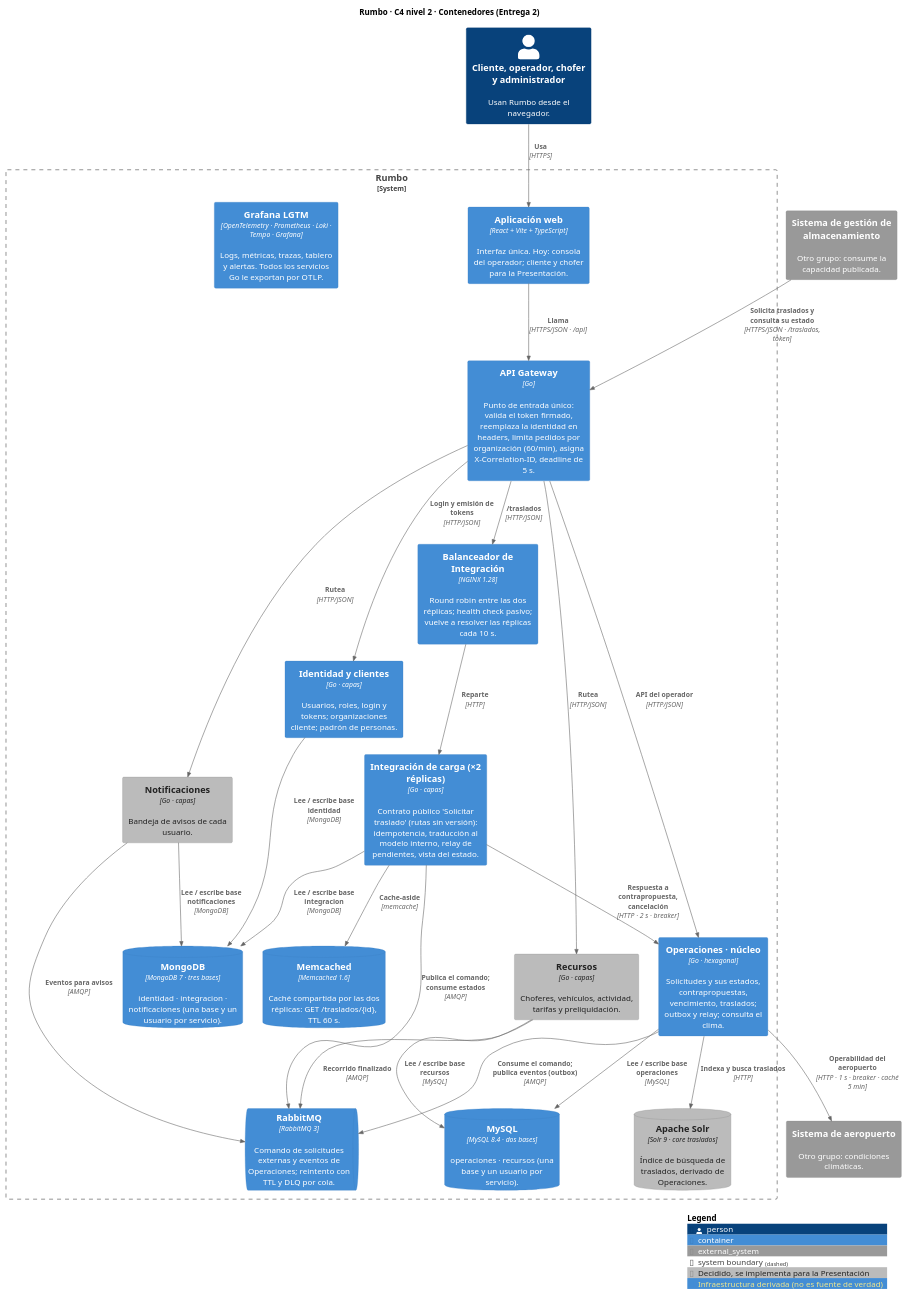
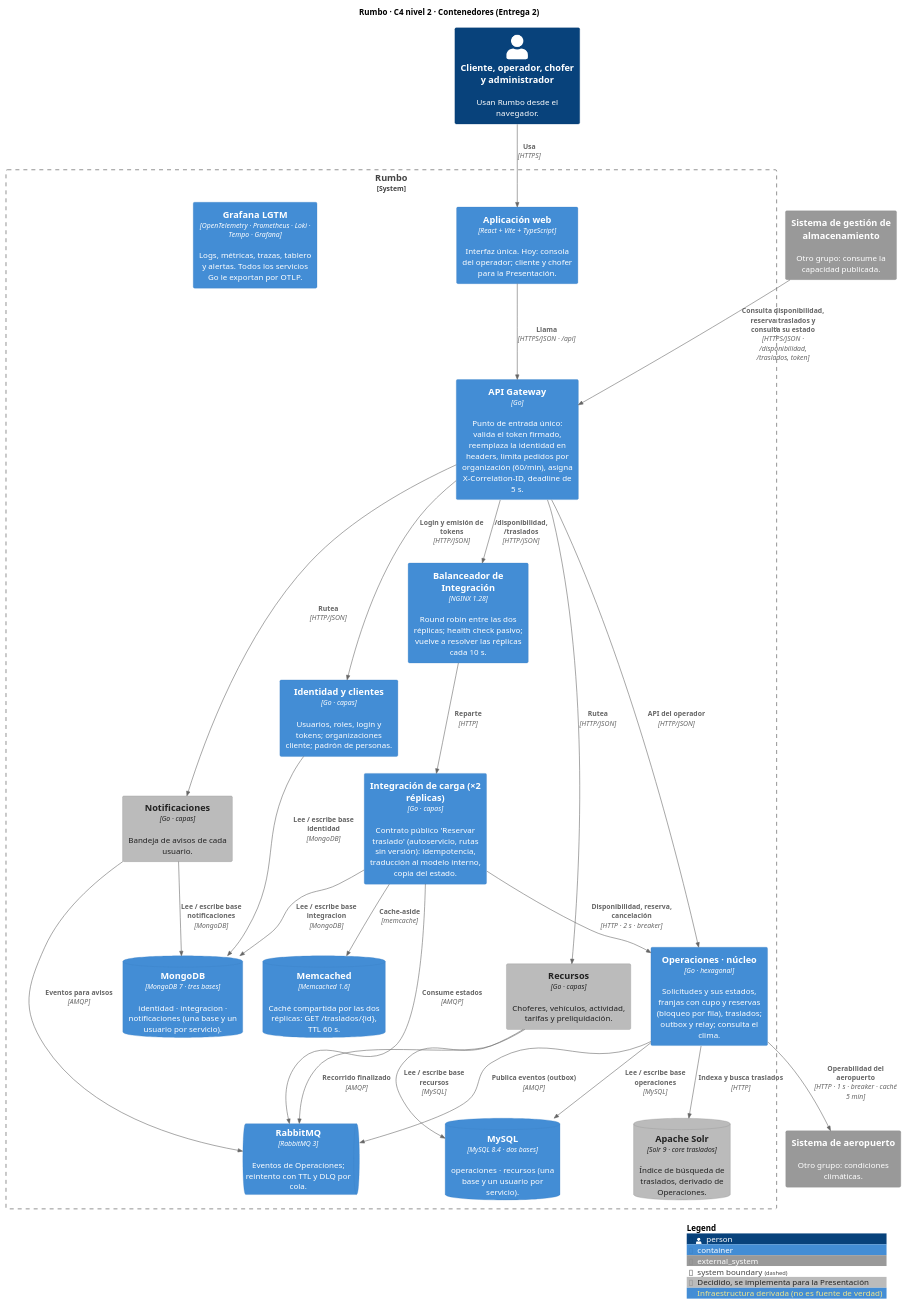
Before and after one commit to francoroblesss/Rumbo: the diagram in docs/diagramas/c4-contenedores.puml, drawn with PlantUML. The commit also changed 74 other files, not shown here.

First line of the commit message:
feat: capacidad publicada de autoservicio (contrato 4.0.0) y D4

```diff
--- a/docs/diagramas/c4-contenedores.puml
+++ b/docs/diagramas/c4-contenedores.puml
@@ -1,59 +1,59 @@
 @startuml c4-contenedores
 ' Rumbo — C4 nivel 2: contenedores. Fuente del diagrama; se renderiza con docs/diagramas/README.md.
 !include <C4/C4_Container>
 
 AddElementTag("pendiente", $bgColor="#bbbbbb", $borderColor="#888888", $fontColor="#222222", $legendText="Decidido, se implementa para la Presentación")
 AddElementTag("infra", $bgColor="#438dd5", $legendText="Infraestructura derivada (no es fuente de verdad)")
 
 title Rumbo · C4 nivel 2 · Contenedores (Entrega 2)
 
 Person(usuarios, "Cliente, operador, chofer y administrador", "Usan Rumbo desde el navegador.")
 System_Ext(almacenamiento, "Sistema de gestión de almacenamiento", "Otro grupo: consume la capacidad publicada.")
 System_Ext(aeropuerto, "Sistema de aeropuerto", "Otro grupo: condiciones climáticas.")
 
 System_Boundary(rumbo, "Rumbo") {
   Container(web, "Aplicación web", "React + Vite + TypeScript", "Interfaz única. Hoy: consola del operador; cliente y chofer para la Presentación.")
   Container(gateway, "API Gateway", "Go", "Punto de entrada único: valida el token firmado, reemplaza la identidad en headers, limita pedidos por organización (60/min), asigna X-Correlation-ID, deadline de 5 s.")
 
   Container(identidad, "Identidad y clientes", "Go · capas", "Usuarios, roles, login y tokens; organizaciones cliente; padrón de personas.")
   Container(balanceador, "Balanceador de Integración", "NGINX 1.28", "Round robin entre las dos réplicas; health check pasivo; vuelve a resolver las réplicas cada 10 s.")
-  Container(integracion, "Integración de carga (×2 réplicas)", "Go · capas", "Contrato público 'Solicitar traslado' (rutas sin versión): idempotencia, traducción al modelo interno, relay de pendientes, vista del estado.")
-  Container(operaciones, "Operaciones · núcleo", "Go · hexagonal", "Solicitudes y sus estados, contrapropuestas, vencimiento, traslados; outbox y relay; consulta el clima.")
+  Container(integracion, "Integración de carga (×2 réplicas)", "Go · capas", "Contrato público 'Reservar traslado' (autoservicio, rutas sin versión): idempotencia, traducción al modelo interno, copia del estado.")
+  Container(operaciones, "Operaciones · núcleo", "Go · hexagonal", "Solicitudes y sus estados, franjas con cupo y reservas (bloqueo por fila), traslados; outbox y relay; consulta el clima.")
   Container(recursos, "Recursos", "Go · capas", "Choferes, vehículos, actividad, tarifas y preliquidación.", $tags="pendiente")
   Container(notificaciones, "Notificaciones", "Go · capas", "Bandeja de avisos de cada usuario.", $tags="pendiente")
 
   ContainerDb(mongo, "MongoDB", "MongoDB 7 · tres bases", "identidad · integracion · notificaciones (una base y un usuario por servicio).")
   ContainerDb(mysql, "MySQL", "MySQL 8.4 · dos bases", "operaciones · recursos (una base y un usuario por servicio).")
   ContainerDb(memcached, "Memcached", "Memcached 1.6", "Caché compartida por las dos réplicas: GET /traslados/{id}, TTL 60 s.", $tags="infra")
-  ContainerQueue(rabbit, "RabbitMQ", "RabbitMQ 3", "Comando de solicitudes externas y eventos de Operaciones; reintento con TTL y DLQ por cola.")
+  ContainerQueue(rabbit, "RabbitMQ", "RabbitMQ 3", "Eventos de Operaciones; reintento con TTL y DLQ por cola.")
   ContainerDb(solr, "Apache Solr", "Solr 9 · core traslados", "Índice de búsqueda de traslados, derivado de Operaciones.", $tags="pendiente")
   Container(lgtm, "Grafana LGTM", "OpenTelemetry · Prometheus · Loki · Tempo · Grafana", "Logs, métricas, trazas, tablero y alertas. Todos los servicios Go le exportan por OTLP.", $tags="infra")
 }
 
 Rel(usuarios, web, "Usa", "HTTPS")
 Rel(web, gateway, "Llama", "HTTPS/JSON · /api")
-Rel(almacenamiento, gateway, "Solicita traslados y consulta su estado", "HTTPS/JSON · /traslados, token")
+Rel(almacenamiento, gateway, "Consulta disponibilidad, reserva traslados y consulta su estado", "HTTPS/JSON · /disponibilidad, /traslados, token")
 
 Rel(gateway, identidad, "Login y emisión de tokens", "HTTP/JSON")
-Rel(gateway, balanceador, "/traslados", "HTTP/JSON")
+Rel(gateway, balanceador, "/disponibilidad, /traslados", "HTTP/JSON")
 Rel(gateway, operaciones, "API del operador", "HTTP/JSON")
 Rel(gateway, recursos, "Rutea", "HTTP/JSON")
 Rel(gateway, notificaciones, "Rutea", "HTTP/JSON")
 Rel(balanceador, integracion, "Reparte", "HTTP")
 
 Rel(integracion, memcached, "Cache-aside", "memcache")
 Rel(integracion, mongo, "Lee / escribe base integracion", "MongoDB")
-Rel(integracion, operaciones, "Respuesta a contrapropuesta, cancelación", "HTTP · 2 s · breaker")
-Rel(integracion, rabbit, "Publica el comando; consume estados", "AMQP")
-Rel(operaciones, rabbit, "Consume el comando; publica eventos (outbox)", "AMQP")
+Rel(integracion, operaciones, "Disponibilidad, reserva, cancelación", "HTTP · 2 s · breaker")
+Rel(integracion, rabbit, "Consume estados", "AMQP")
+Rel(operaciones, rabbit, "Publica eventos (outbox)", "AMQP")
 Rel(operaciones, mysql, "Lee / escribe base operaciones", "MySQL")
 Rel(operaciones, aeropuerto, "Operabilidad del aeropuerto", "HTTP · 1 s · breaker · caché 5 min")
 Rel(operaciones, solr, "Indexa y busca traslados", "HTTP")
 Rel(identidad, mongo, "Lee / escribe base identidad", "MongoDB")
 Rel(recursos, mysql, "Lee / escribe base recursos", "MySQL")
 Rel(notificaciones, mongo, "Lee / escribe base notificaciones", "MongoDB")
 Rel(recursos, rabbit, "Recorrido finalizado", "AMQP")
 Rel(notificaciones, rabbit, "Eventos para avisos", "AMQP")
 
 SHOW_LEGEND()
 @enduml
```
